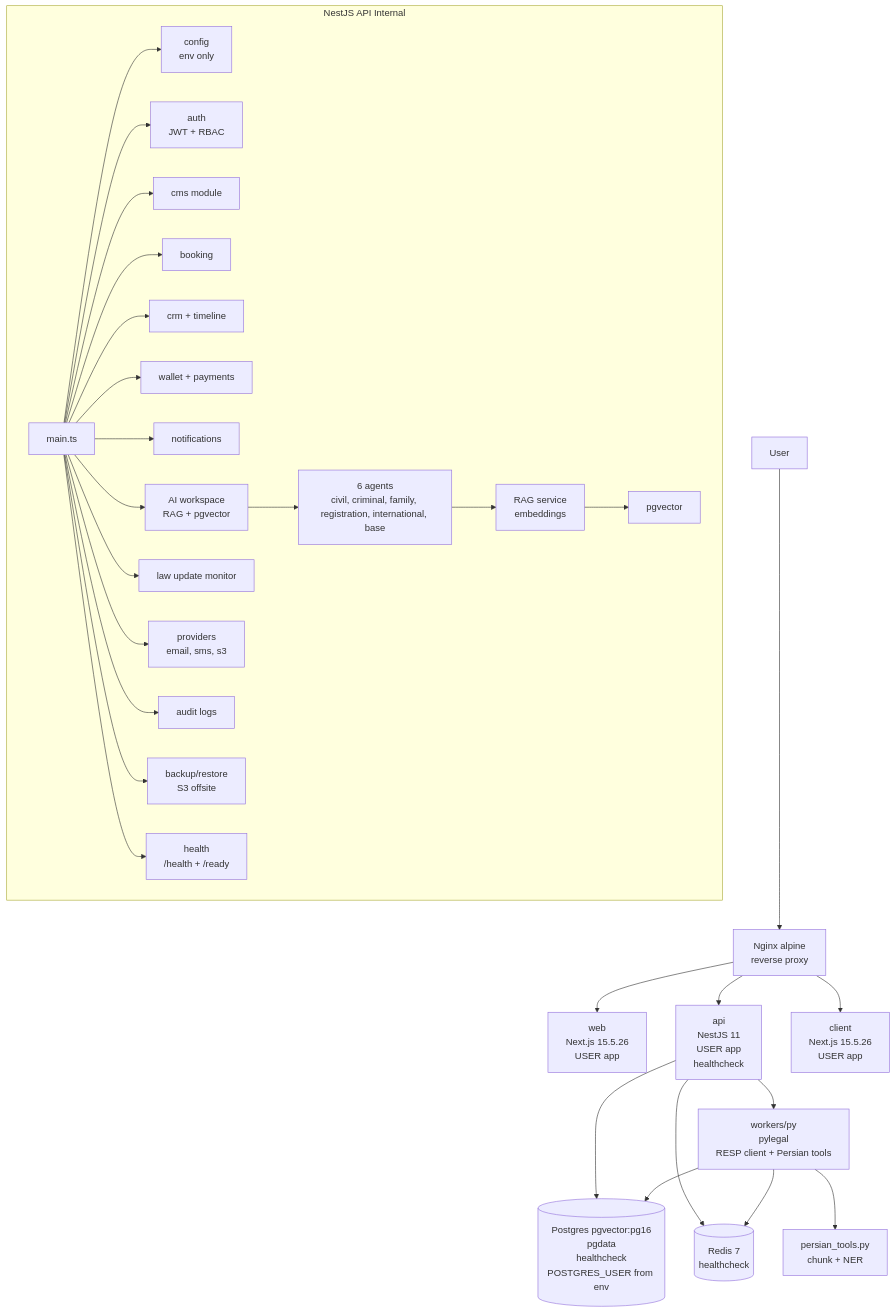
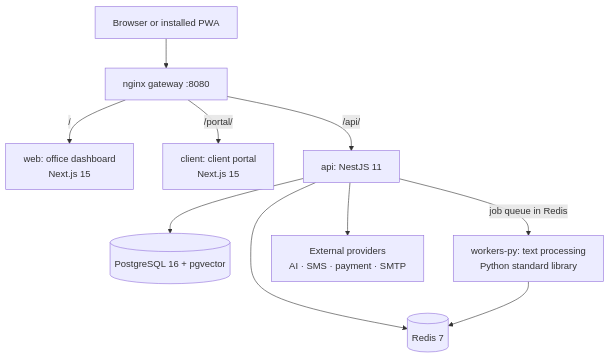
One commit to ansariaiadmin/legal-platform changed the diagram in ARCHITECTURE.md. Above: the diagram before and after it, drawn with Mermaid. The commit also changed other lines of this file and 199 other files, not shown here.

````diff
--- a/ARCHITECTURE.md
+++ b/ARCHITECTURE.md
@@ -9,35 +7,12 @@
 ```mermaid
 graph TD
-    User --> Nginx[Nginx alpine<br/>reverse proxy]
-    Nginx --> Web[web<br/>Next.js 15.5.26<br/>USER app]
-    Nginx --> API[api<br/>NestJS 11<br/>USER app<br/>healthcheck]
-    Nginx --> Client[client<br/>Next.js 15.5.26<br/>USER app]
-
-    API --> Postgres[(Postgres pgvector:pg16<br/>pgdata<br/>healthcheck<br/>POSTGRES_USER from env)]
-    API --> Redis[(Redis 7<br/>healthcheck)]
-    API --> Workers[workers/py<br/>pylegal<br/>RESP client + Persian tools]
-
-    subgraph APIInternal[NestJS API Internal]
-        Main[main.ts]
-        Main --> Config[config<br/>env only]
-        Main --> Auth[auth<br/>JWT + RBAC]
-        Main --> CMS[cms module]
-        Main --> Booking[booking]
-        Main --> CRM[crm + timeline]
-        Main --> Wallet[wallet + payments]
-        Main --> Notif[notifications]
-        Main --> AI[AI workspace<br/>RAG + pgvector]
-        AI --> Agents[6 agents<br/>civil, criminal, family, registration, international, base]
-        Agents --> RAG[RAG service<br/>embeddings]
-        RAG --> PgVector[pgvector]
-        Main --> LawUpdate[law update monitor]
-        Main --> Provider[providers<br/>email, sms, s3]
-        Main --> Audit[audit logs]
-        Main --> Backup[backup/restore<br/>S3 offsite]
-        Main --> Health[health<br/>/health + /ready]
-    end
-
-    Workers --> Redis
-    Workers --> Postgres
-    Workers --> PersTools[persian_tools.py<br/>chunk + NER]
+    Browser[Browser or installed PWA] --> Nginx[nginx gateway :8080]
+    Nginx -->|/| Web[web: office dashboard<br/>Next.js 15]
+    Nginx -->|/portal/| Client[client: client portal<br/>Next.js 15]
+    Nginx -->|/api/| API[api: NestJS 11]
+    API --> Postgres[(PostgreSQL 16 + pgvector)]
+    API --> Redis[(Redis 7)]
+    API -->|job queue in Redis| Py[workers-py: text processing<br/>Python standard library]
+    Py --> Redis
+    API --> Providers[External providers<br/>AI · SMS · payment · SMTP]
 ```
````
